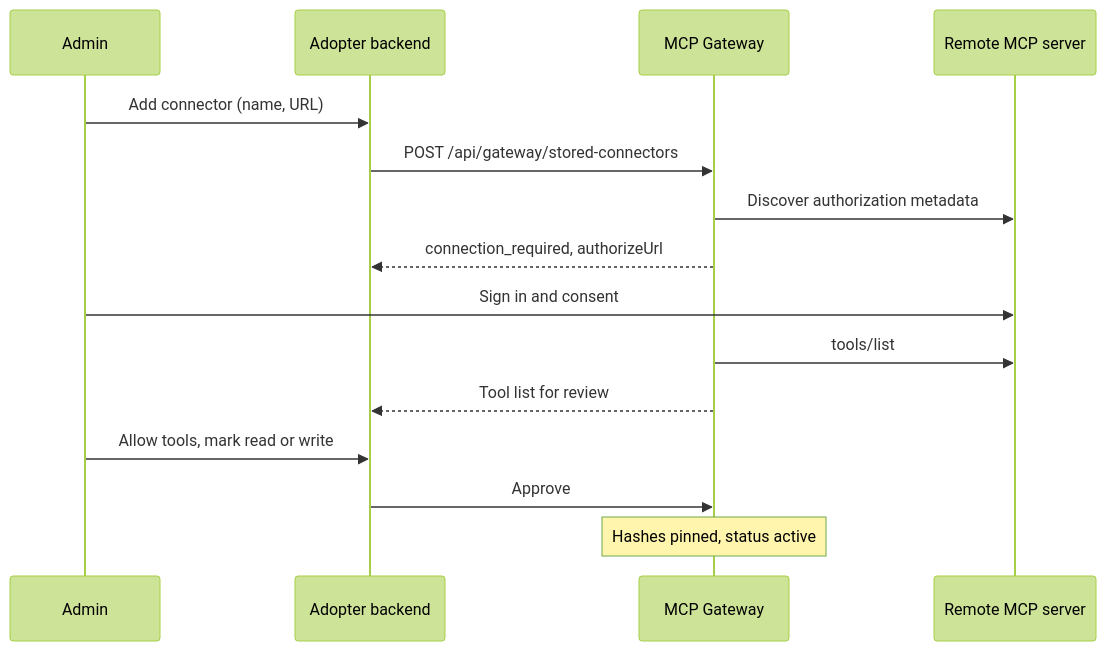
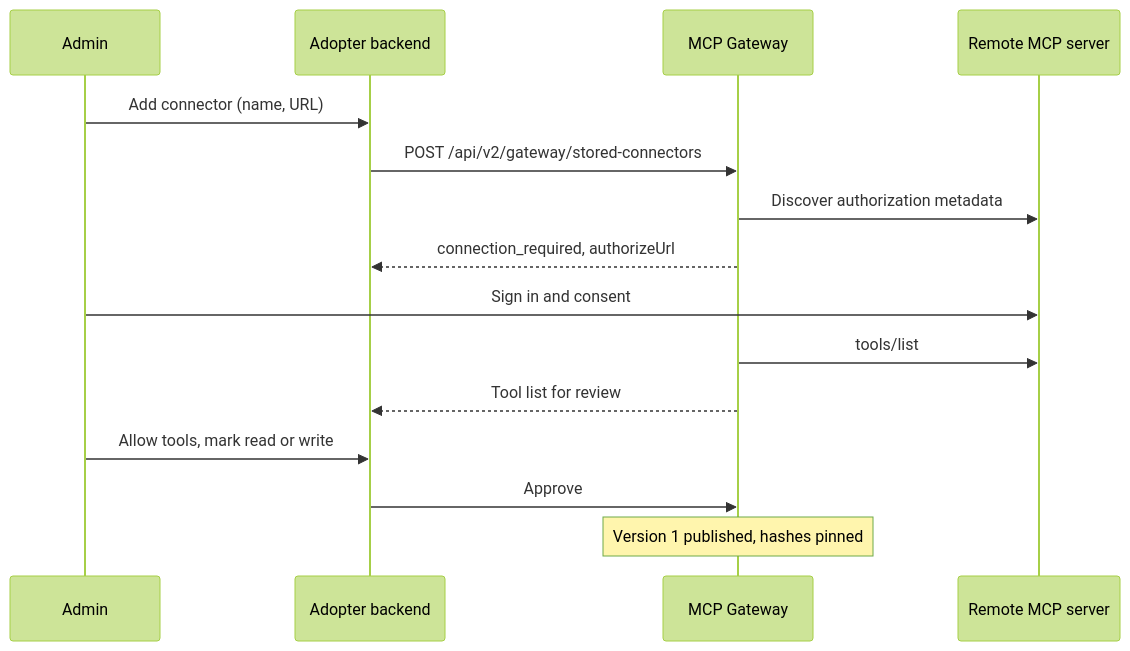
One commit to friggframework/frigg changed the diagram in docs/architecture-decisions/071-bring-your-own-mcp-server.md. Above: the diagram before and after it, drawn with Mermaid (forest theme). The commit also changed other lines of this file and 1 other file, not shown here.

````diff
--- a/docs/architecture-decisions/071-bring-your-own-mcp-server.md
+++ b/docs/architecture-decisions/071-bring-your-own-mcp-server.md
@@ -97,17 +103,17 @@
 ```mermaid
 sequenceDiagram
     participant A as Admin
     participant B as Adopter backend
     participant G as MCP Gateway
     participant S as Remote MCP server
     A->>B: Add connector (name, URL)
-    B->>G: POST /api/gateway/stored-connectors
+    B->>G: POST /api/v2/gateway/stored-connectors
     G->>S: Discover authorization metadata
     G-->>B: connection_required, authorizeUrl
     A->>S: Sign in and consent
     G->>S: tools/list
     G-->>B: Tool list for review
     A->>B: Allow tools, mark read or write
     B->>G: Approve
-    Note over G: Hashes pinned, status active
+    Note over G: Version 1 published, hashes pinned
 ```
````
